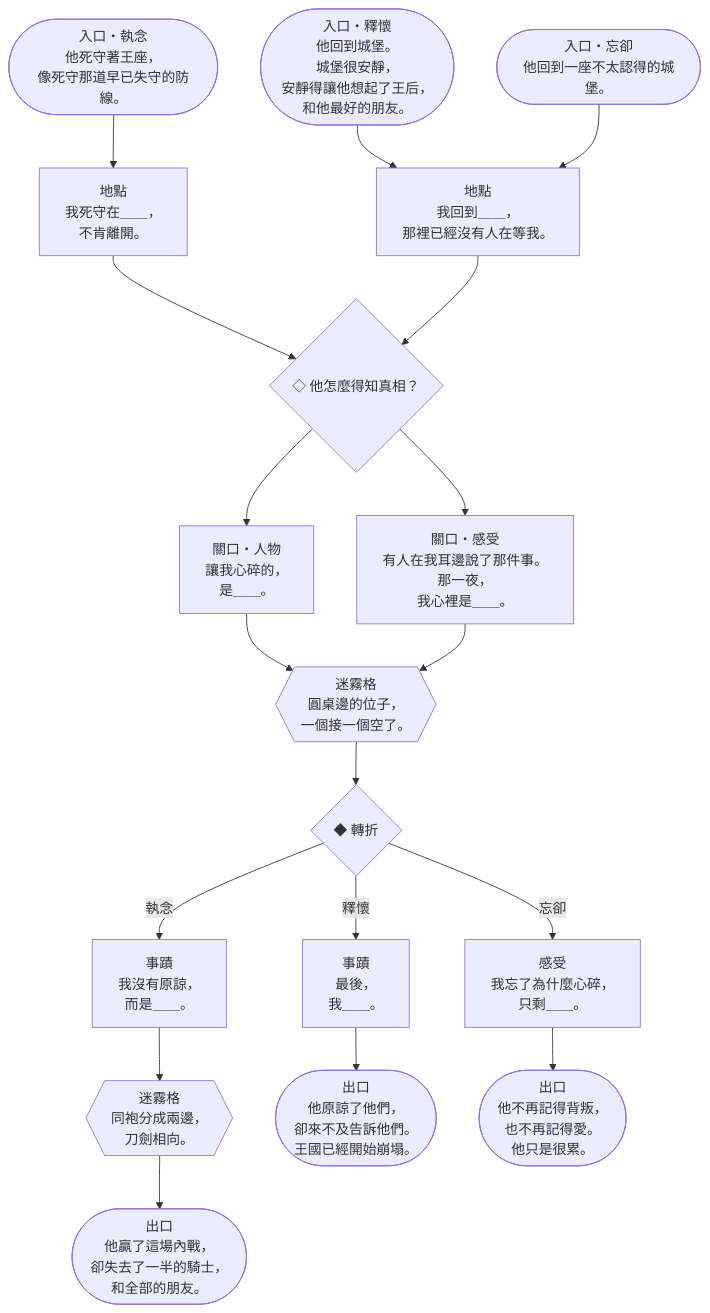
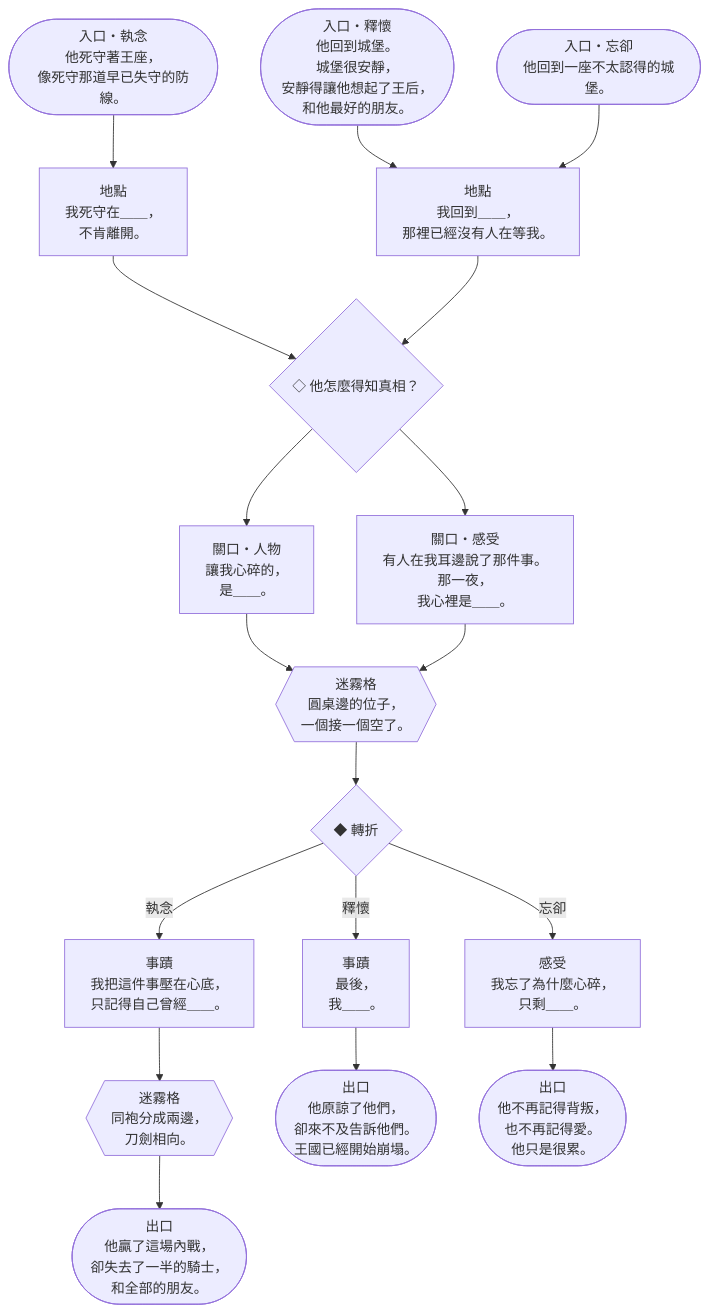
The eighth of 15 diagrams in docs/design/V5-storybooks.zh-TW.md (Ralph-Liu-Hub/Boardgame-Netherbloom), drawn with Mermaid before and after one commit. The commit also changed other lines of this file and 4 other files, not shown here.

````diff
--- a/docs/design/V5-storybooks.zh-TW.md
+++ b/docs/design/V5-storybooks.zh-TW.md
@@ -716,34 +716,34 @@
 ```mermaid
 flowchart TD
   c1E0(["入口・執念<br>他死守著王座，<br>像死守那道早已失守的防線。"]) --> c1s1
   c1E1(["入口・釋懷<br>他回到城堡。<br>城堡很安靜，<br>安靜得讓他想起了王后，<br>和他最好的朋友。"]) --> c1s2
   c1E2(["入口・忘卻<br>他回到一座不太認得的城堡。"]) --> c1s2
   c1s1["地點<br>我死守在＿＿，<br>不肯離開。"]
   c1s1 --> c1p1
   c1s2["地點<br>我回到＿＿，<br>那裡已經沒有人在等我。"]
   c1s2 --> c1p1
   c1p1{"◇ 他怎麼得知真相？"}
   c1p1 --> c1b1
   c1p1 --> c1b2
   c1b1["關口・人物<br>讓我心碎的，<br>是＿＿。"]
   c1b1 --> c1x1
   c1b2["關口・感受<br>有人在我耳邊說了那件事。<br>那一夜，<br>我心裡是＿＿。"]
   c1b2 --> c1x1
   c1x1{{"迷霧格<br>圓桌邊的位子，<br>一個接一個空了。"}}
   c1x1 --> c1f
   c1f{"◆ 轉折"}
   c1f -- 執念 --> c1c1
   c1f -- 釋懷 --> c1c2
   c1f -- 忘卻 --> c1c3
-  c1c1["事蹟<br>我沒有原諒，<br>而是＿＿。"]
+  c1c1["事蹟<br>我把這件事壓在心底，<br>只記得自己曾經＿＿。"]
   c1c1 --> c1x2
   c1x2{{"迷霧格<br>同袍分成兩邊，<br>刀劍相向。"}}
   c1x2 --> c1o1
   c1c2["事蹟<br>最後，<br>我＿＿。"]
   c1c2 --> c1o2
   c1c3["感受<br>我忘了為什麼心碎，<br>只剩＿＿。"]
   c1c3 --> c1o3
   c1o1(["出口<br>他贏了這場內戰，<br>卻失去了一半的騎士，<br>和全部的朋友。"])
   c1o2(["出口<br>他原諒了他們，<br>卻來不及告訴他們。<br>王國已經開始崩塌。"])
   c1o3(["出口<br>他不再記得背叛，<br>也不再記得愛。<br>他只是很累。"])
 ```
````
